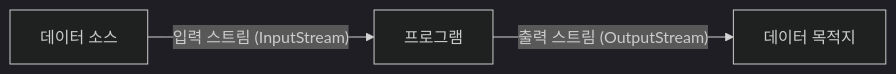
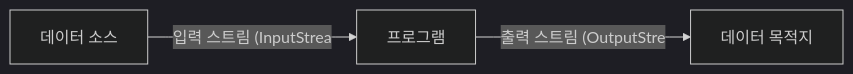
One commit to yjkim2015/yjkim2015.github.io changed the first of 11 diagrams in _posts/java/2026-05-01-java-io.md. Above: the diagram before and after it, drawn with Mermaid (dark theme). The commit also changed other lines of this file and 271 other files, not shown here.

First line of the commit message:
Mermaid 라벨 축소: 긴 노드 텍스트 18자 이하로 트림 + \n 제거

````diff
--- a/_posts/java/2026-05-01-java-io.md
+++ b/_posts/java/2026-05-01-java-io.md
@@ -24,5 +24,5 @@
 ```mermaid
 graph LR
-    SRC["데이터 소스"] -->|"입력 스트림 (InputStream)"| PROG["프로그램"]
-    PROG -->|"출력 스트림 (OutputStream)"| DEST["데이터 목적지"]
+    SRC["데이터 소스"] -->|"입력 스트림 (InputStrea"| PROG["프로그램"]
+    PROG -->|"출력 스트림 (OutputStre"| DEST["데이터 목적지"]
 ```
````
